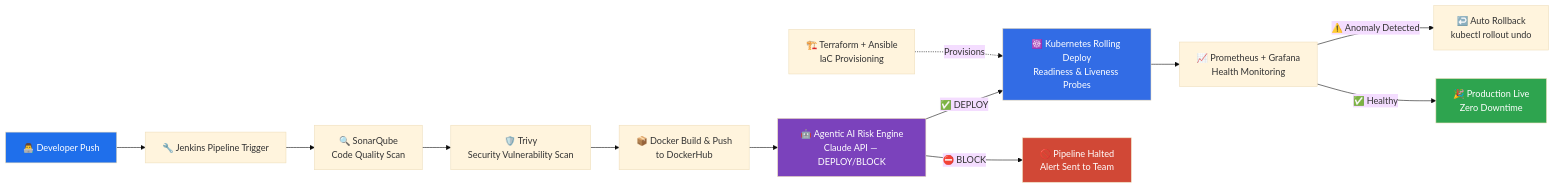
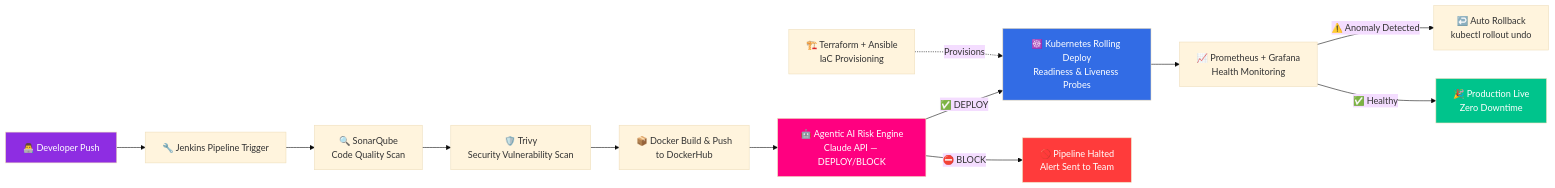
Before and after one commit to chougulesumeru/chougulesumeru: the diagram in README.md, drawn with Mermaid (base theme). The commit also changed other lines of this file, not shown here.

````diff
--- a/README.md
+++ b/README.md
@@ -97,20 +93,20 @@
 ```mermaid
 flowchart LR
     A[👨‍💻 Developer Push] --> B[🔧 Jenkins Pipeline Trigger]
     B --> C[🔍 SonarQube<br/>Code Quality Scan]
     C --> D[🛡️ Trivy<br/>Security Vulnerability Scan]
     D --> E[📦 Docker Build &amp; Push<br/>to DockerHub]
     E --> F[🤖 Agentic AI Risk Engine<br/>Claude API — DEPLOY/BLOCK]
     F -->|✅ DEPLOY| G[☸️ Kubernetes Rolling Deploy<br/>Readiness &amp; Liveness Probes]
     F -->|⛔ BLOCK| H[🚫 Pipeline Halted<br/>Alert Sent to Team]
     G --> I[📈 Prometheus + Grafana<br/>Health Monitoring]
     I -->|⚠️ Anomaly Detected| J[↩️ Auto Rollback<br/>kubectl rollout undo]
     I -->|✅ Healthy| K[🎉 Production Live<br/>Zero Downtime]
     L[🏗️ Terraform + Ansible<br/>IaC Provisioning] -.->|Provisions| G
 
-    style A fill:#1F6FEB,color:#fff
-    style F fill:#7B42BC,color:#fff
+    style A fill:#8E2DE2,color:#fff
+    style F fill:#FF0080,color:#fff
     style G fill:#326CE5,color:#fff
-    style H fill:#D14836,color:#fff
-    style K fill:#2EA44F,color:#fff
+    style H fill:#FF3B3B,color:#fff
+    style K fill:#00C48C,color:#fff
 ```
````
